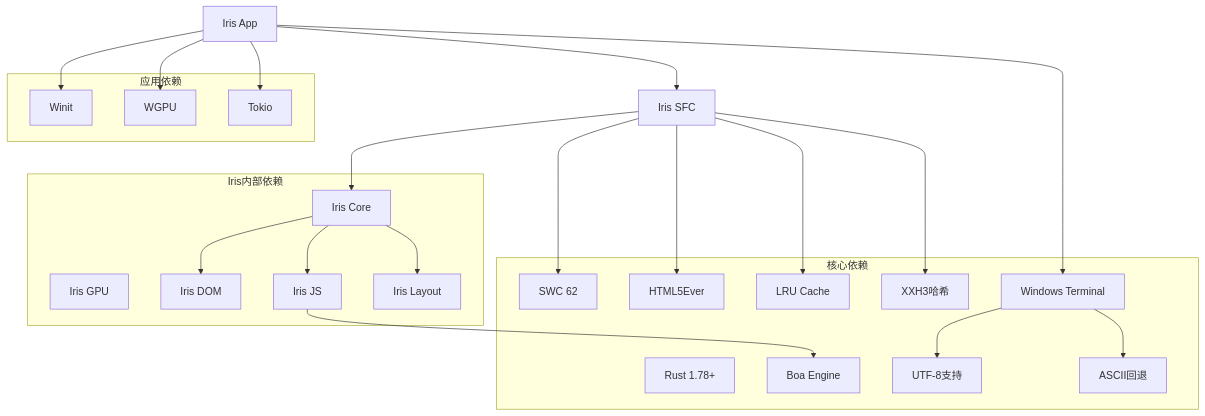
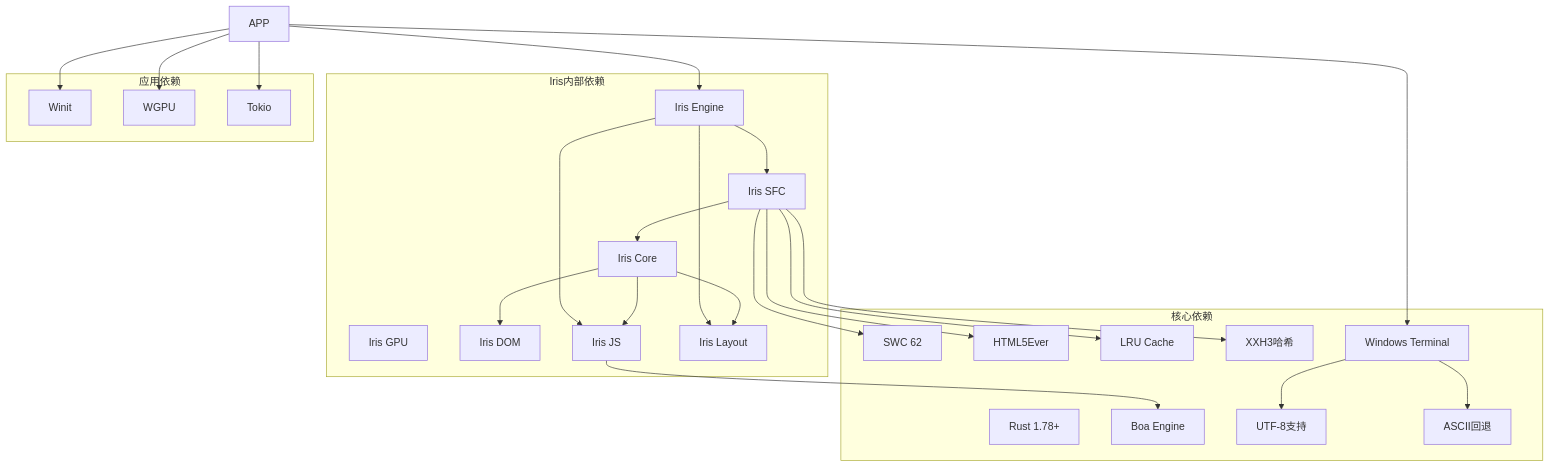
One commit to itszzl-sudo/iris changed diagram 14 of 17 in .qoder/repowiki/zh/content/技术架构详解/即时转译系统/SFC编译器初始化机制/SFC集成示例.md. Above: the diagram before and after it, drawn with Mermaid. The commit also changed other lines of this file and 8 other files, not shown here.

````diff
--- a/.qoder/repowiki/zh/content/技术架构详解/即时转译系统/SFC编译器初始化机制/SFC集成示例.md
+++ b/.qoder/repowiki/zh/content/技术架构详解/即时转译系统/SFC编译器初始化机制/SFC集成示例.md
@@ -461,40 +562,45 @@
 ```mermaid
 graph TB
 subgraph "核心依赖"
 RUST[Rust 1.78+]
 SWC[SWC 62]
 HTML5EVER[HTML5Ever]
 LRU[LRU Cache]
 XXHASH[XXH3哈希]
 BOA[Boa Engine]
 ENDERTER[Windows Terminal]
 ENDERTER --> UTF8[UTF-8支持]
 ENDERTER --> ASCII[ASCII回退]
 end
 subgraph "Iris内部依赖"
 CORE[Iris Core]
+ENGINE[Iris Engine]
 GPU[Iris GPU]
 DOM[Iris DOM]
 JS[Iris JS]
 LAYOUT[Iris Layout]
+SFC[Iris SFC]
 end
 subgraph "应用依赖"
 WINIT[Winit]
 WGPU[WGPU]
 TOKIO[Tokio]
 end
-SFC[Iris SFC] --> SWC
+SFC --> SWC
 SFC --> HTML5EVER
 SFC --> LRU
 SFC --> XXHASH
 SFC --> CORE
-APP[Iris App] --> SFC
+ENGINE --> SFC
+ENGINE --> JS
+ENGINE --> LAYOUT
+APP --> ENGINE
 APP --> WINIT
 APP --> WGPU
 APP --> TOKIO
 CORE --> DOM
 CORE --> JS
 CORE --> LAYOUT
 JS --> BOA
 APP --> ENDERTER
 ```
````
